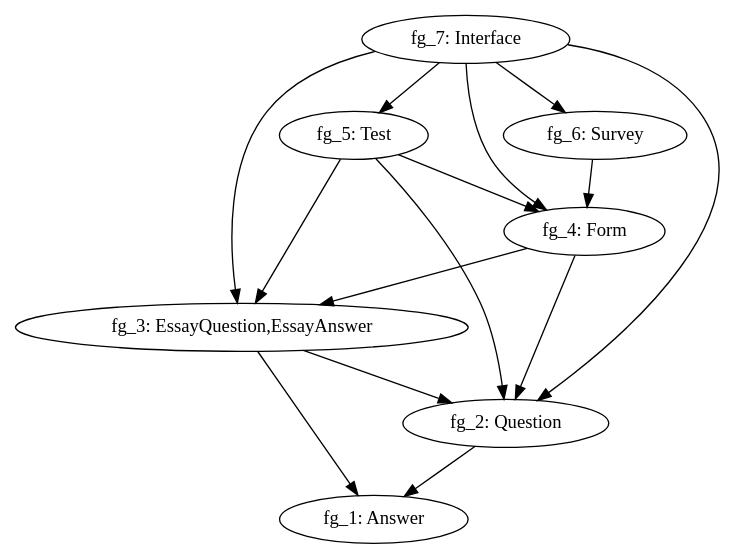
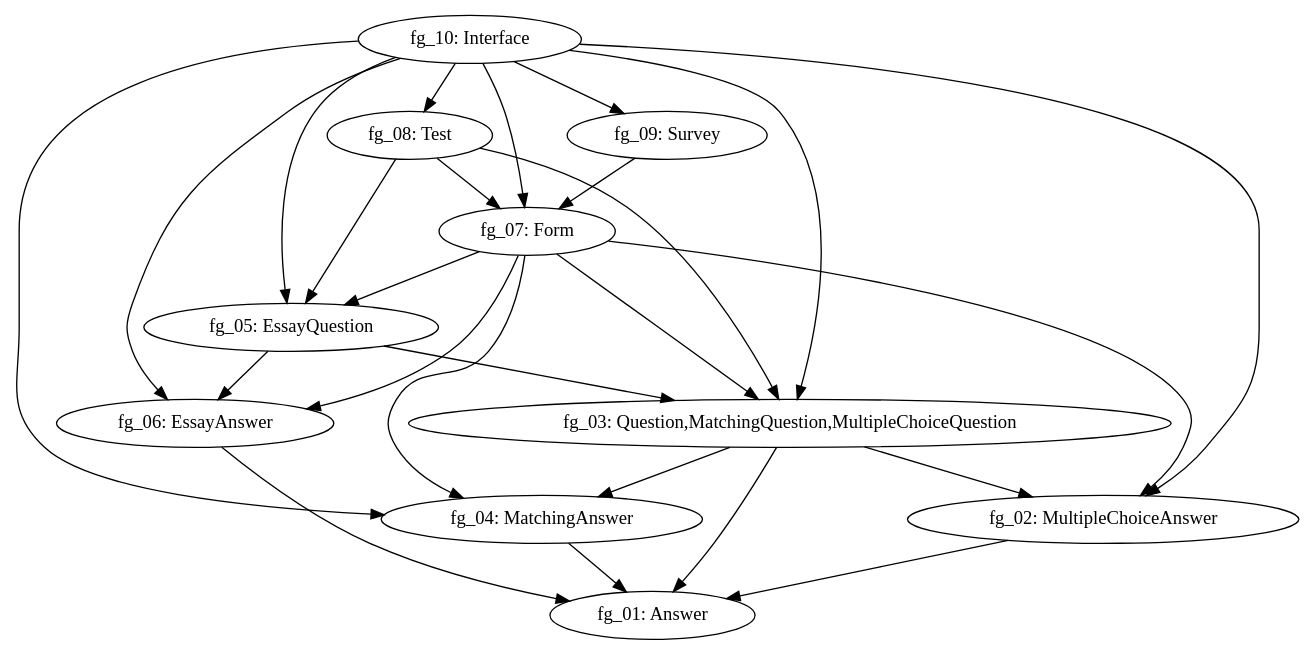
One commit to FrankHZFang/ArchData changed the diagram in files/demo-design2/demo-design2_UH.dot. Above: the diagram before and after it, drawn with Graphviz. The commit also changed 4541 other files, not shown here.

```diff
--- a/files/demo-design2/demo-design2_UH.dot
+++ b/files/demo-design2/demo-design2_UH.dot
@@ -1,16 +1,27 @@
 digraph G { 
-"fg_2: Question" -> "fg_1: Answer"; 
-"fg_3: EssayQuestion,EssayAnswer" -> "fg_2: Question"; 
-"fg_3: EssayQuestion,EssayAnswer" -> "fg_1: Answer"; 
-"fg_4: Form" -> "fg_3: EssayQuestion,EssayAnswer"; 
-"fg_4: Form" -> "fg_2: Question"; 
-"fg_5: Test" -> "fg_3: EssayQuestion,EssayAnswer"; 
-"fg_5: Test" -> "fg_2: Question"; 
-"fg_5: Test" -> "fg_4: Form"; 
-"fg_6: Survey" -> "fg_4: Form"; 
-"fg_7: Interface" -> "fg_3: EssayQuestion,EssayAnswer"; 
-"fg_7: Interface" -> "fg_2: Question"; 
-"fg_7: Interface" -> "fg_5: Test"; 
-"fg_7: Interface" -> "fg_4: Form"; 
-"fg_7: Interface" -> "fg_6: Survey"; 
+"fg_02: MultipleChoiceAnswer" -> "fg_01: Answer"; 
+"fg_03: Question,MatchingQuestion,MultipleChoiceQuestion" -> "fg_01: Answer"; 
+"fg_03: Question,MatchingQuestion,MultipleChoiceQuestion" -> "fg_04: MatchingAnswer"; 
+"fg_03: Question,MatchingQuestion,MultipleChoiceQuestion" -> "fg_02: MultipleChoiceAnswer"; 
+"fg_04: MatchingAnswer" -> "fg_01: Answer"; 
+"fg_05: EssayQuestion" -> "fg_03: Question,MatchingQuestion,MultipleChoiceQuestion"; 
+"fg_05: EssayQuestion" -> "fg_06: EssayAnswer"; 
+"fg_06: EssayAnswer" -> "fg_01: Answer"; 
+"fg_07: Form" -> "fg_03: Question,MatchingQuestion,MultipleChoiceQuestion"; 
+"fg_07: Form" -> "fg_04: MatchingAnswer"; 
+"fg_07: Form" -> "fg_05: EssayQuestion"; 
+"fg_07: Form" -> "fg_06: EssayAnswer"; 
+"fg_07: Form" -> "fg_02: MultipleChoiceAnswer"; 
+"fg_08: Test" -> "fg_03: Question,MatchingQuestion,MultipleChoiceQuestion"; 
+"fg_08: Test" -> "fg_05: EssayQuestion"; 
+"fg_08: Test" -> "fg_07: Form"; 
+"fg_09: Survey" -> "fg_07: Form"; 
+"fg_10: Interface" -> "fg_08: Test"; 
+"fg_10: Interface" -> "fg_03: Question,MatchingQuestion,MultipleChoiceQuestion"; 
+"fg_10: Interface" -> "fg_04: MatchingAnswer"; 
+"fg_10: Interface" -> "fg_05: EssayQuestion"; 
+"fg_10: Interface" -> "fg_09: Survey"; 
+"fg_10: Interface" -> "fg_02: MultipleChoiceAnswer"; 
+"fg_10: Interface" -> "fg_06: EssayAnswer"; 
+"fg_10: Interface" -> "fg_07: Form"; 
 }
```
